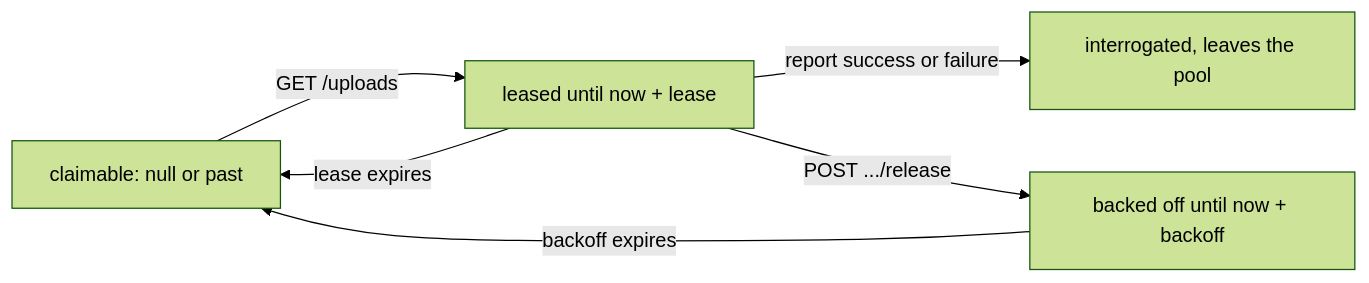
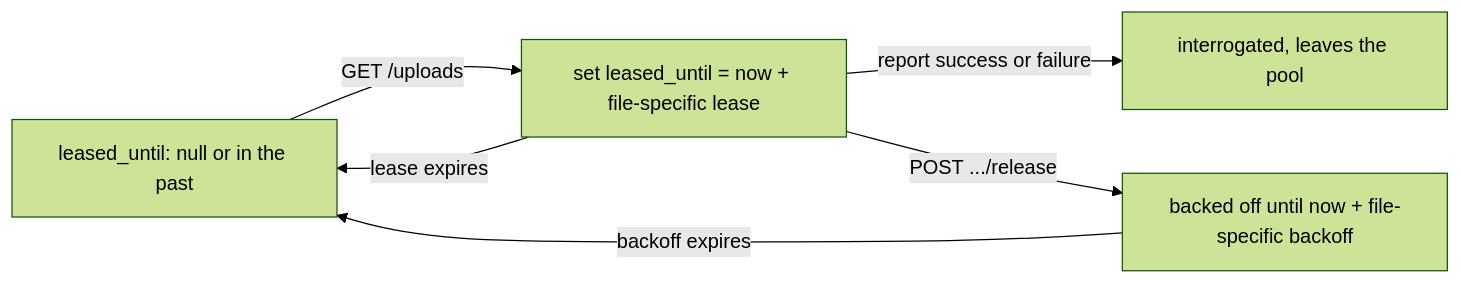
One commit to ghga-de/ghga changed the diagram in docs/epics/epic-0094-leafcutter-ant.md. Above: the diagram before and after it, drawn with Mermaid (forest theme). The commit also changed other lines of this file, not shown here.

````diff
--- a/docs/epics/epic-0094-leafcutter-ant.md
+++ b/docs/epics/epic-0094-leafcutter-ant.md
@@ -94,8 +98,8 @@
 ```mermaid
 flowchart LR
-    A[claimable: null or past] -->|GET /uploads| B[leased until now + lease]
+    A[leased_until: null or in the past] -->|GET /uploads| B[set leased_until = now + file-specific lease]
     B -->|report success or failure| C[interrogated, leaves the pool]
-    B -->|POST .../release| D[backed off until now + backoff]
+    B -->|POST .../release| D[backed off until now + file-specific backoff]
     B -->|lease expires| A
     D -->|backoff expires| A
 ```
````
